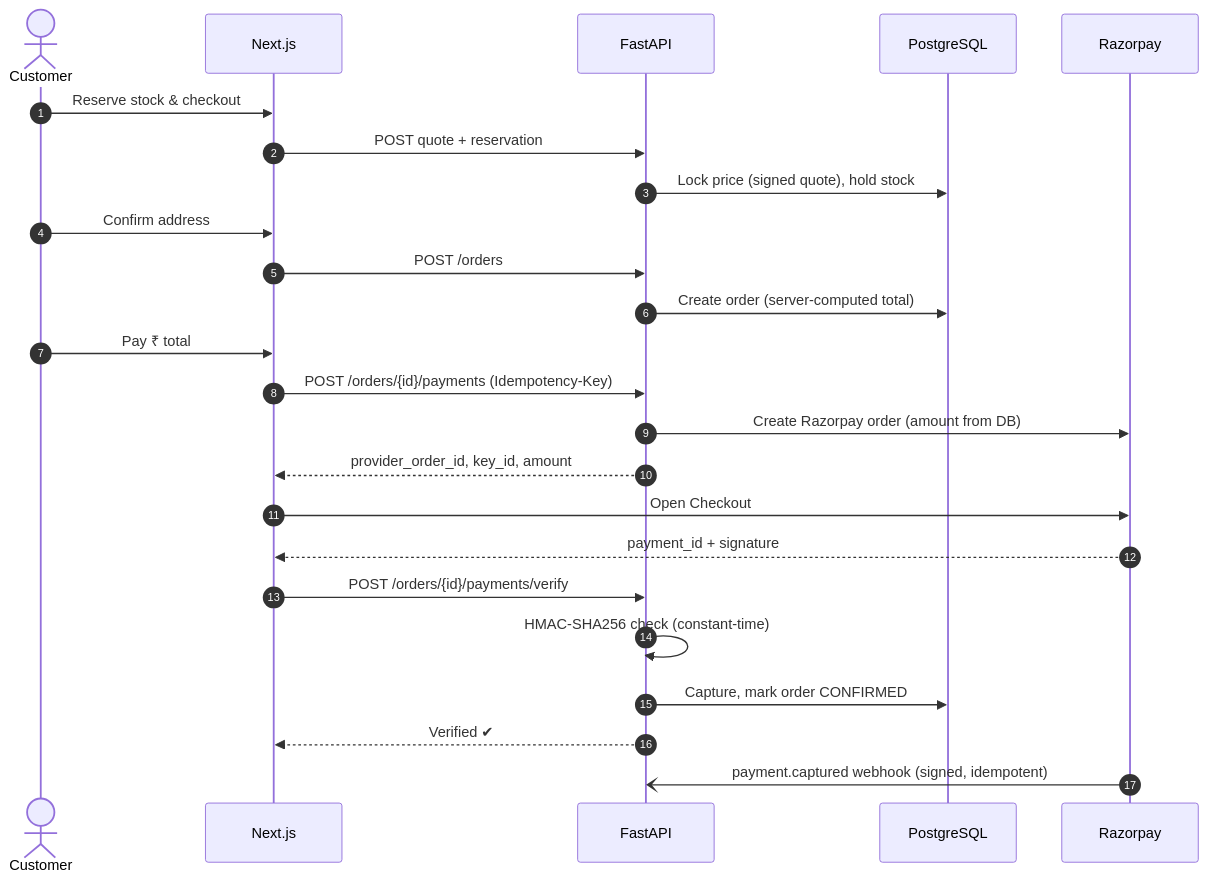
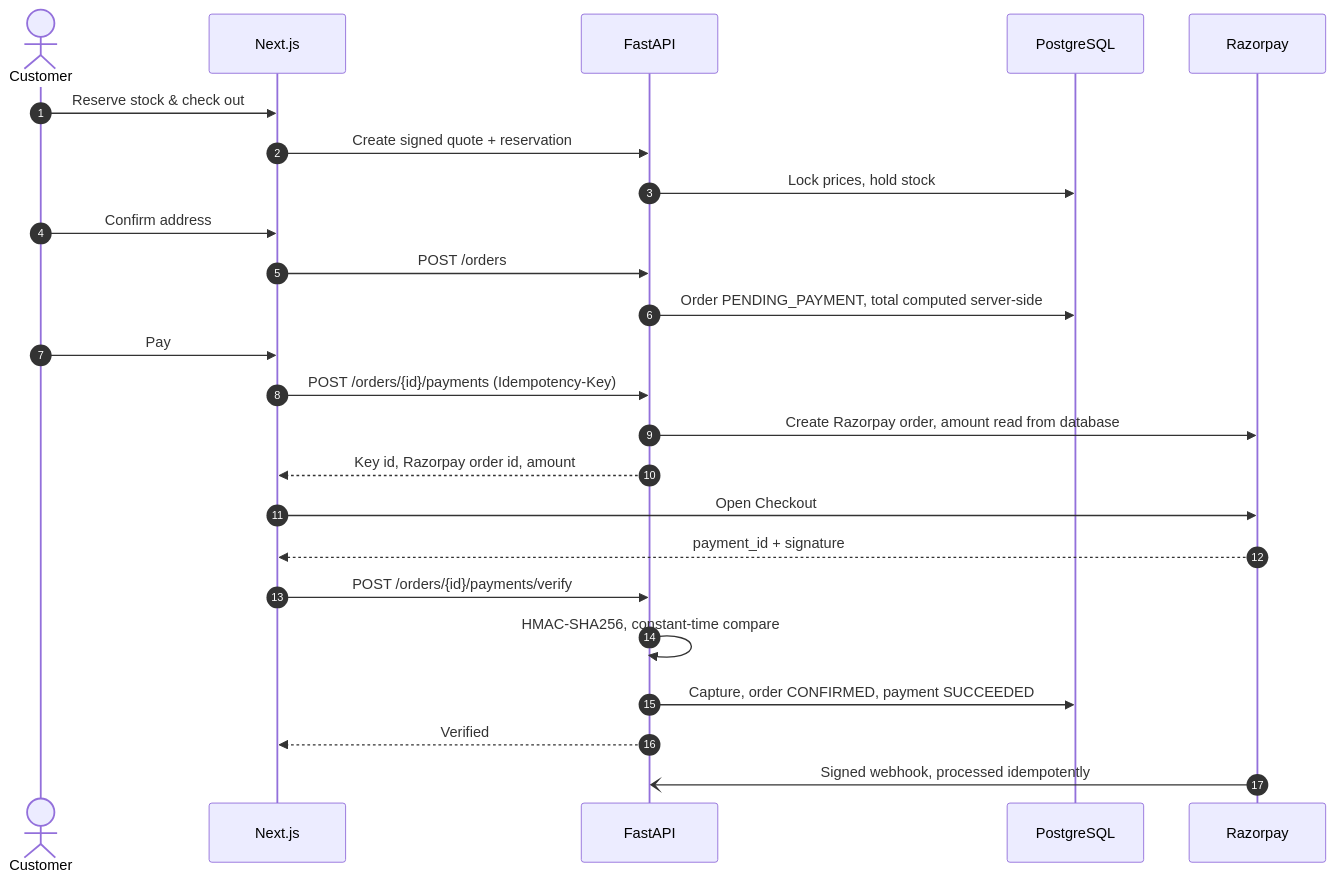
One commit to Dhruv-vm/Online_Shopping changed the third of 3 diagrams in README.md. Above: the diagram before and after it, drawn with Mermaid. The commit also changed other lines of this file and 53 other files, not shown here.

````diff
--- a/README.md
+++ b/README.md
@@ -169,27 +323,27 @@
 ```mermaid
 sequenceDiagram
     autonumber
     actor C as Customer
     participant F as Next.js
     participant A as FastAPI
     participant D as PostgreSQL
     participant R as Razorpay
 
-    C->>F: Reserve stock & checkout
-    F->>A: POST quote + reservation
-    A->>D: Lock price (signed quote), hold stock
+    C->>F: Reserve stock & check out
+    F->>A: Create signed quote + reservation
+    A->>D: Lock prices, hold stock
     C->>F: Confirm address
     F->>A: POST /orders
-    A->>D: Create order (server-computed total)
-    C->>F: Pay ₹ total
+    A->>D: Order PENDING_PAYMENT, total computed server-side
+    C->>F: Pay
     F->>A: POST /orders/{id}/payments (Idempotency-Key)
-    A->>R: Create Razorpay order (amount from DB)
-    A-->>F: provider_order_id, key_id, amount
+    A->>R: Create Razorpay order, amount read from database
+    A-->>F: Key id, Razorpay order id, amount
     F->>R: Open Checkout
     R-->>F: payment_id + signature
     F->>A: POST /orders/{id}/payments/verify
-    A->>A: HMAC-SHA256 check (constant-time)
-    A->>D: Capture, mark order CONFIRMED
-    A-->>F: Verified ✔
-    R-)A: payment.captured webhook (signed, idempotent)
+    A->>A: HMAC-SHA256, constant-time compare
+    A->>D: Capture, order CONFIRMED, payment SUCCEEDED
+    A-->>F: Verified
+    R-)A: Signed webhook, processed idempotently
 ```
````
